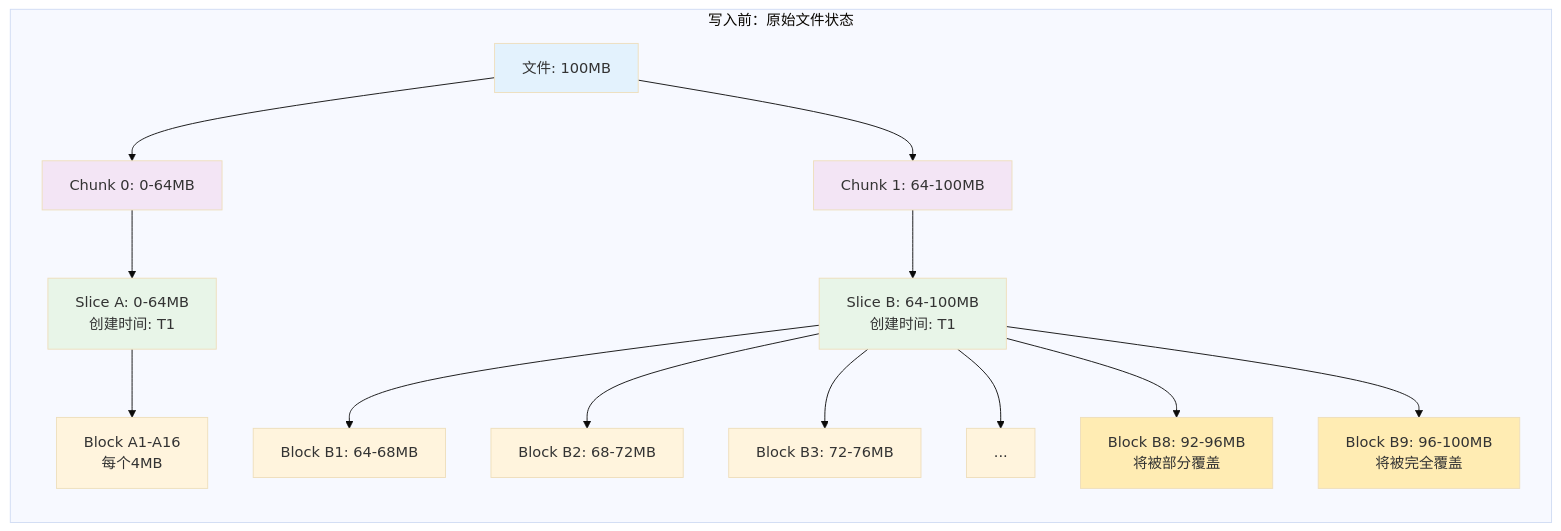
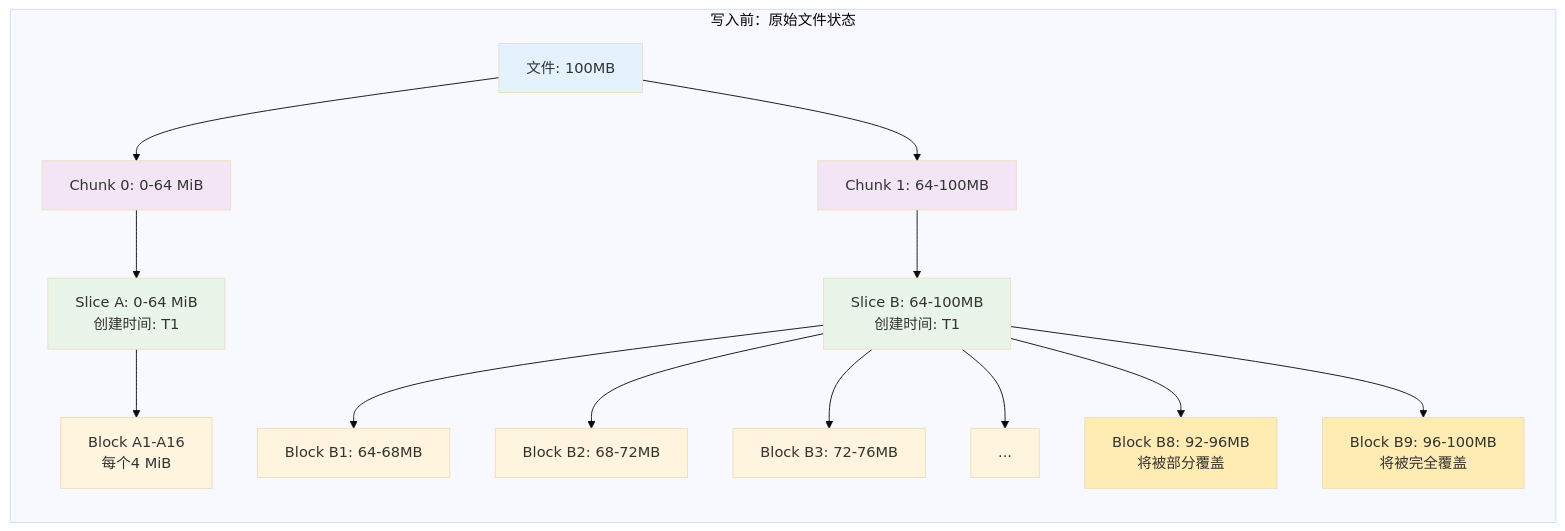
Before and after one commit to ForceInjection/AI-fundamentals: the tenth of 12 diagrams in 04_cloud_native_ai_platform/storage/juicefs/01_juicefs_file_modification_mechanism_analysis.md, drawn with Mermaid (base theme). The commit also changed other lines of this file and 26 other files, not shown here.

````diff
--- a/04_cloud_native_ai_platform/storage/juicefs/01_juicefs_file_modification_mechanism_analysis.md
+++ b/04_cloud_native_ai_platform/storage/juicefs/01_juicefs_file_modification_mechanism_analysis.md
@@ -560,27 +535,27 @@
 ```mermaid
 graph LR
     subgraph "写入前：原始文件状态"
-        A1[文件: 100MB] --> B1[Chunk 0: 0-64MB]
+        A1[文件: 100MB] --> B1[Chunk 0: 0-64 MiB]
         A1 --> B2[Chunk 1: 64-100MB]
         
-        B1 --> C1[Slice A: 0-64MB<br/>创建时间: T1]
+        B1 --> C1[Slice A: 0-64 MiB<br/>创建时间: T1]
         B2 --> C2[Slice B: 64-100MB<br/>创建时间: T1]
         
-        C1 --> D1[Block A1-A16<br/>每个4MB]
+        C1 --> D1[Block A1-A16<br/>每个4 MiB]
         
         C2 --> D2[Block B1: 64-68MB]
         C2 --> D3[Block B2: 68-72MB]
         C2 --> D4[Block B3: 72-76MB]
         C2 --> D5[...]
         C2 --> D6[Block B8: 92-96MB<br/>将被部分覆盖]
         C2 --> D7[Block B9: 96-100MB<br/>将被完全覆盖]
     end
     
     style A1 fill:#e3f2fd
     style B1 fill:#f3e5f5
     style B2 fill:#f3e5f5
     style C1 fill:#e8f5e8
     style C2 fill:#e8f5e8
     style D6 fill:#ffecb3
     style D7 fill:#ffecb3
 ```
````
